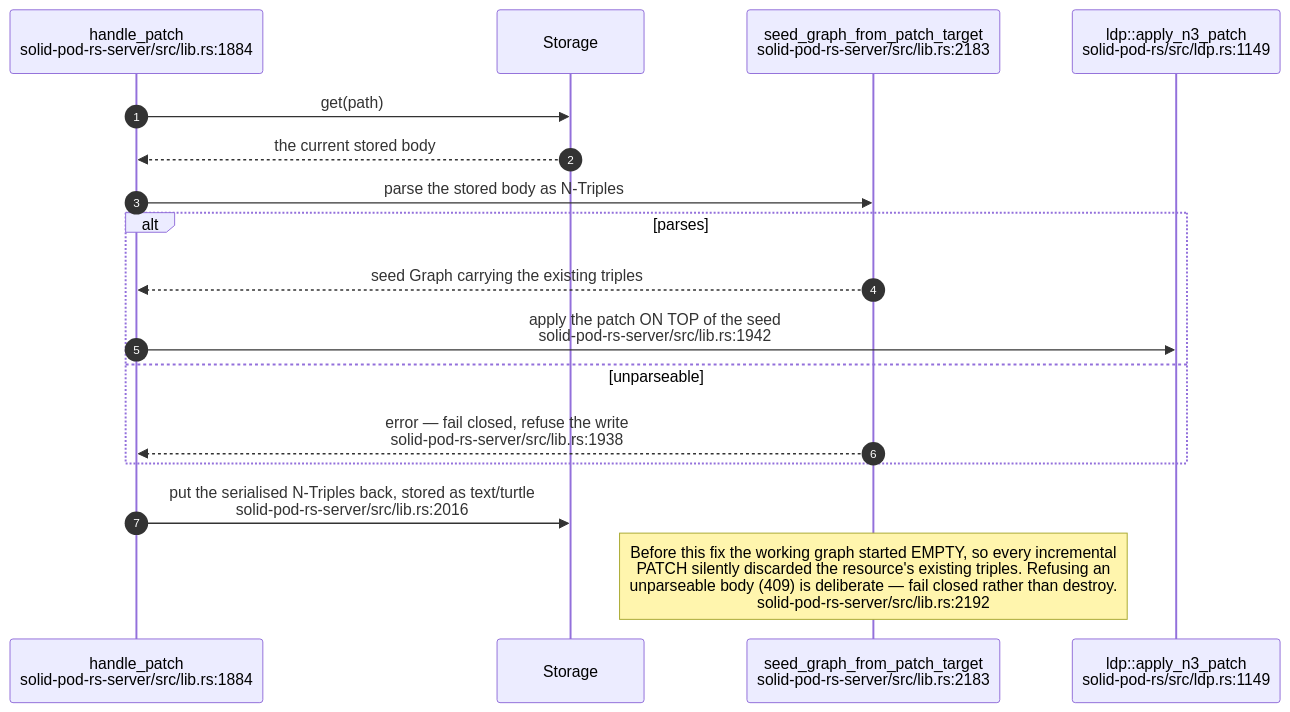
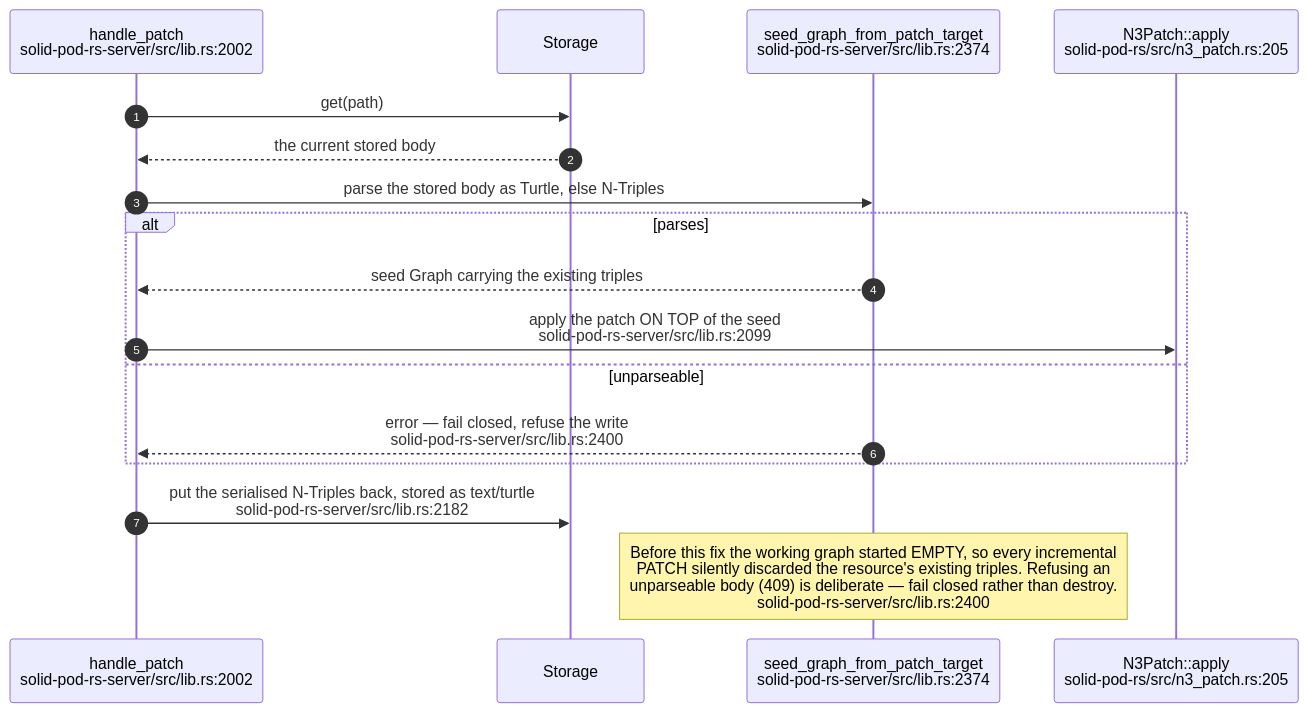
The sixth of 11 diagrams in docs/diagrams/solid-pod-rs/03-ldp-request-lifecycle.md (DreamLab-AI/VisionFlow), drawn with Mermaid before and after one commit. The commit also changed other lines of this file and 59 other files, not shown here.

First line of the commit message:
docs(diagrams): re-derive and re-stamp forum, website, pod, ontomark and sealmap topics

````diff
--- a/docs/diagrams/solid-pod-rs/03-ldp-request-lifecycle.md
+++ b/docs/diagrams/solid-pod-rs/03-ldp-request-lifecycle.md
@@ -208,20 +211,20 @@
 ```mermaid
 sequenceDiagram
     autonumber
-    participant P as handle_patch<br/>solid-pod-rs-server/src/lib.rs:1884
+    participant P as handle_patch<br/>solid-pod-rs-server/src/lib.rs:2002
     participant S as Storage
-    participant SG as seed_graph_from_patch_target<br/>solid-pod-rs-server/src/lib.rs:2183
-    participant AP as ldp::apply_n3_patch<br/>solid-pod-rs/src/ldp.rs:1149
+    participant SG as seed_graph_from_patch_target<br/>solid-pod-rs-server/src/lib.rs:2374
+    participant AP as N3Patch::apply<br/>solid-pod-rs/src/n3_patch.rs:205
 
     P->>S: get(path)
     S-->>P: the current stored body
-    P->>SG: parse the stored body as N-Triples
+    P->>SG: parse the stored body as Turtle, else N-Triples
     alt parses
         SG-->>P: seed Graph carrying the existing triples
-        P->>AP: apply the patch ON TOP of the seed<br/>solid-pod-rs-server/src/lib.rs:1942
+        P->>AP: apply the patch ON TOP of the seed<br/>solid-pod-rs-server/src/lib.rs:2099
     else unparseable
-        SG-->>P: error — fail closed, refuse the write<br/>solid-pod-rs-server/src/lib.rs:1938
+        SG-->>P: error — fail closed, refuse the write<br/>solid-pod-rs-server/src/lib.rs:2400
     end
-    P->>S: put the serialised N-Triples back, stored as text/turtle<br/>solid-pod-rs-server/src/lib.rs:2016
-    Note over SG: Before this fix the working graph started EMPTY, so every incremental<br/>PATCH silently discarded the resource's existing triples. Refusing an<br/>unparseable body (409) is deliberate — fail closed rather than destroy.<br/>solid-pod-rs-server/src/lib.rs:2192
+    P->>S: put the serialised N-Triples back, stored as text/turtle<br/>solid-pod-rs-server/src/lib.rs:2182
+    Note over SG: Before this fix the working graph started EMPTY, so every incremental<br/>PATCH silently discarded the resource's existing triples. Refusing an<br/>unparseable body (409) is deliberate — fail closed rather than destroy.<br/>solid-pod-rs-server/src/lib.rs:2400
 ```
````
